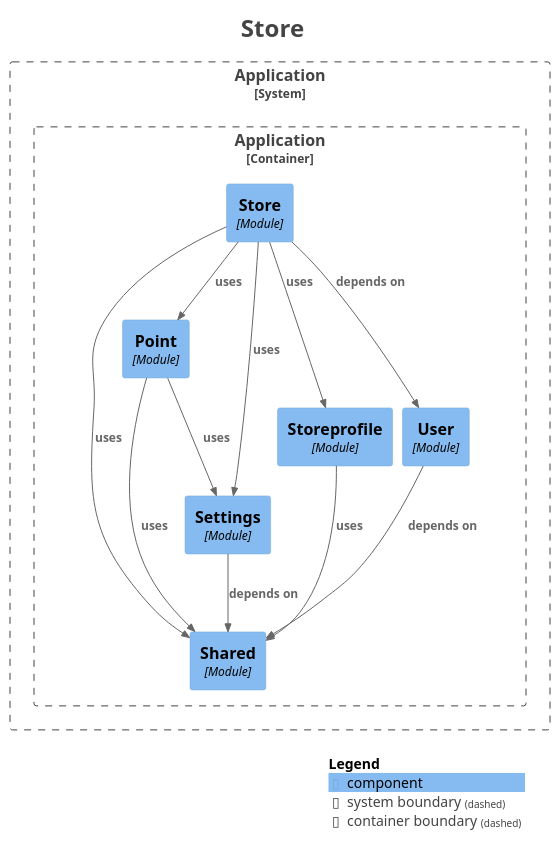
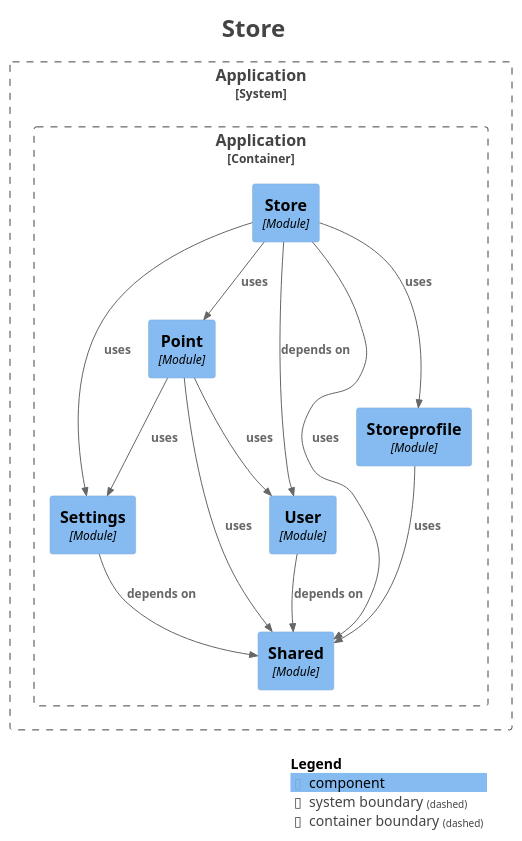
Before and after one commit to kanghouchao/Kizuna: the diagram in backend/docs/modulith/module-store.puml, drawn with PlantUML. The commit also changed 18 other files, not shown here.

```diff
--- a/backend/docs/modulith/module-store.puml
+++ b/backend/docs/modulith/module-store.puml
@@ -1,43 +1,44 @@
 @startuml
 title <size:24>Store</size>
 
 set separator none
 top to bottom direction
 
 <style>
   root {
     BackgroundColor: #ffffff
     FontColor: #444444
   }
 </style>
 
 !include <C4/C4>
 !include <C4/C4_Context>
 !include <C4/C4_Component>
 
 System_Boundary("Application_boundary", "Application", $tags="") {
   Container_Boundary("Application.Application_boundary", "Application", $tags="") {
     Component(Application.Application.Point, "Point", $techn="Module", $descr="", $tags="", $link="")
     Component(Application.Application.Store, "Store", $techn="Module", $descr="", $tags="", $link="")
     Component(Application.Application.Shared, "Shared", $techn="Module", $descr="", $tags="", $link="")
     Component(Application.Application.Settings, "Settings", $techn="Module", $descr="", $tags="", $link="")
     Component(Application.Application.Storeprofile, "Storeprofile", $techn="Module", $descr="", $tags="", $link="")
     Component(Application.Application.User, "User", $techn="Module", $descr="", $tags="", $link="")
   }
 
 }
 
-Rel(Application.Application.Point, Application.Application.Settings, "uses", $techn="", $tags="", $link="")
-Rel(Application.Application.Point, Application.Application.Shared, "uses", $techn="", $tags="", $link="")
 Rel(Application.Application.Store, Application.Application.User, "depends on", $techn="", $tags="", $link="")
 Rel(Application.Application.Store, Application.Application.Storeprofile, "uses", $techn="", $tags="", $link="")
 Rel(Application.Application.Store, Application.Application.Point, "uses", $techn="", $tags="", $link="")
 Rel(Application.Application.Store, Application.Application.Settings, "uses", $techn="", $tags="", $link="")
 Rel(Application.Application.Store, Application.Application.Shared, "uses", $techn="", $tags="", $link="")
+Rel(Application.Application.Storeprofile, Application.Application.Shared, "uses", $techn="", $tags="", $link="")
 Rel(Application.Application.User, Application.Application.Shared, "depends on", $techn="", $tags="", $link="")
 Rel(Application.Application.Settings, Application.Application.Shared, "depends on", $techn="", $tags="", $link="")
-Rel(Application.Application.Storeprofile, Application.Application.Shared, "uses", $techn="", $tags="", $link="")
+Rel(Application.Application.Point, Application.Application.User, "uses", $techn="", $tags="", $link="")
+Rel(Application.Application.Point, Application.Application.Shared, "uses", $techn="", $tags="", $link="")
+Rel(Application.Application.Point, Application.Application.Settings, "uses", $techn="", $tags="", $link="")
 
 SHOW_LEGEND(true)
 hide stereotypes
 @enduml
```
